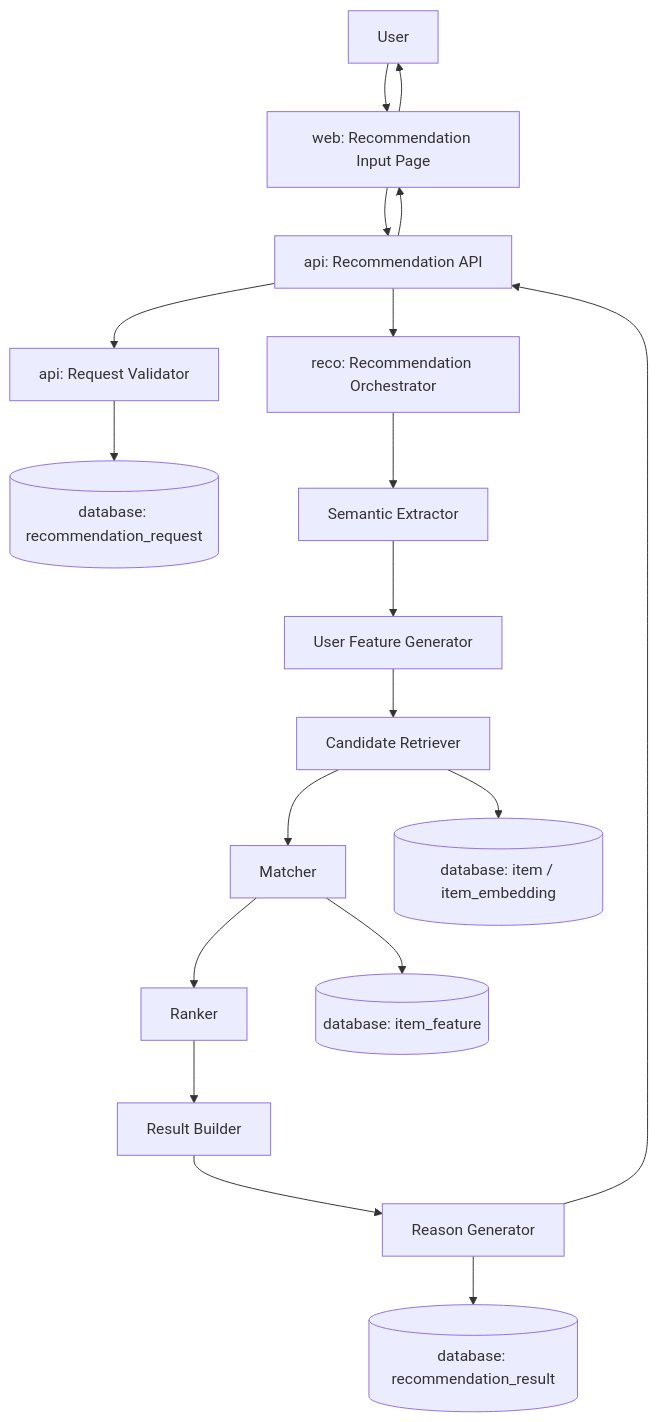
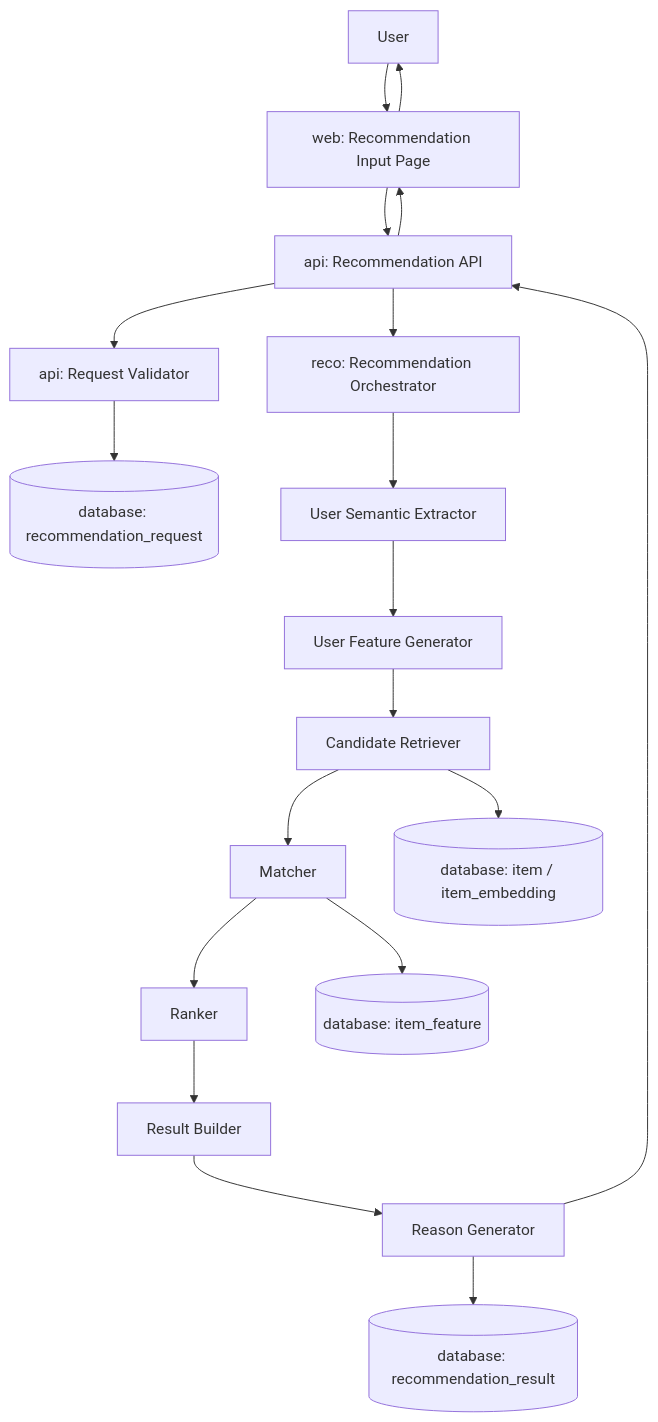
The second of 6 diagrams in docs/05_アプリケーション設計/基盤/システム論理構成図.md (ryo-chan-k6/GiftRecommendAPP_MVP_CYCLE_3), drawn with Mermaid before and after one commit. The commit also changed other lines of this file and 235 other files, not shown here.

````diff
--- a/docs/05_アプリケーション設計/基盤/システム論理構成図.md
+++ b/docs/05_アプリケーション設計/基盤/システム論理構成図.md
@@ -524,24 +524,24 @@
 ```mermaid
 flowchart TD
     U[User] --> W[web: Recommendation Input Page]
     W --> A[api: Recommendation API]
     A --> V[api: Request Validator]
     V --> D1[(database: recommendation_request)]
 
     A --> R0[reco: Recommendation Orchestrator]
-    R0 --> R1[Semantic Extractor]
+    R0 --> R1[User Semantic Extractor]
     R1 --> R2[User Feature Generator]
     R2 --> R3[Candidate Retriever]
     R3 --> R4[Matcher]
     R4 --> R5[Ranker]
     R5 --> R6[Result Builder]
     R6 --> R7[Reason Generator]
 
     R3 --> D2[(database: item / item_embedding)]
     R4 --> D3[(database: item_feature)]
     R7 --> D4[(database: recommendation_result)]
 
     R7 --> A
     A --> W
     W --> U
 ```
````
